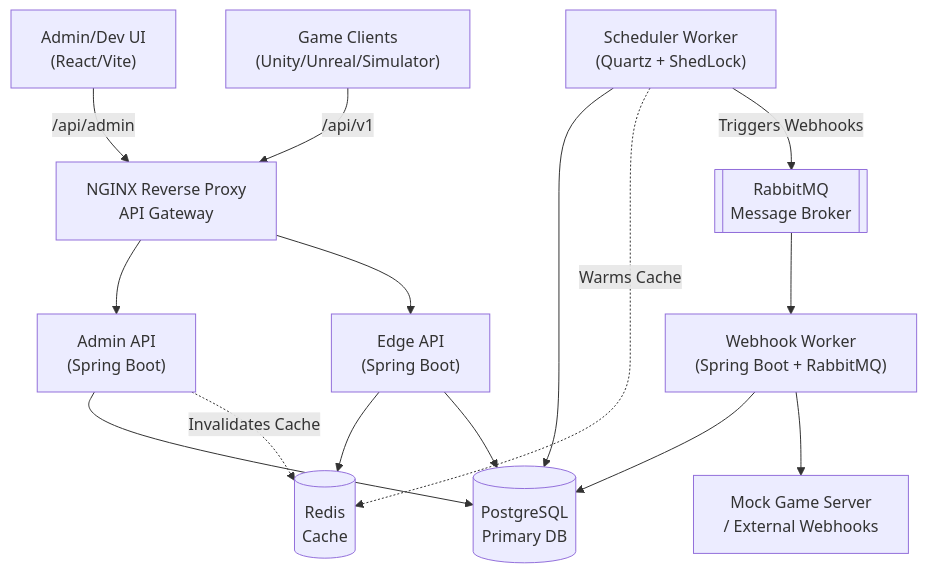
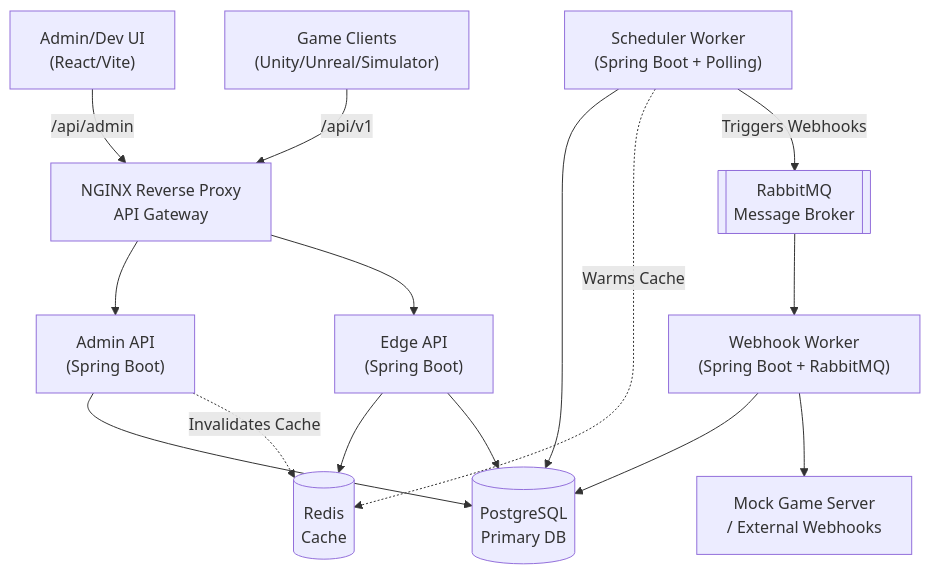
Before and after one commit to swarnendu-sekhar-das/ChronoFlux: the diagram in README.md, drawn with Mermaid. The commit also changed other lines of this file and 3 other files, not shown here.

Commit message:
docs: update architecture docs and clean up stale references

````diff
--- a/README.md
+++ b/README.md
@@ -9,44 +9,44 @@
 ```mermaid
 graph TD
     %% Clients
     Admin["Admin/Dev UI\n(React/Vite)"]
     GameClients["Game Clients\n(Unity/Unreal/Simulator)"]
     
     %% Ingress
     NGINX["NGINX Reverse Proxy\nAPI Gateway"]
     
     %% Services
     AdminAPI["Admin API\n(Spring Boot)"]
     EdgeAPI["Edge API\n(Spring Boot)"]
-    Scheduler["Scheduler Worker\n(Quartz + ShedLock)"]
+    Scheduler["Scheduler Worker\n(Spring Boot + Polling)"]
     Webhook["Webhook Worker\n(Spring Boot + RabbitMQ)"]
     
     %% Data Stores
     PostgreSQL[("PostgreSQL\nPrimary DB")]
     Redis[("Redis\nCache")]
     RabbitMQ[["RabbitMQ\nMessage Broker"]]
     
     %% External
     ExtServer["Mock Game Server\n/ External Webhooks"]
 
     %% Connections
     Admin -->|/api/admin| NGINX
     GameClients -->|/api/v1| NGINX
     
     NGINX --> AdminAPI
     NGINX --> EdgeAPI
     
     AdminAPI --> PostgreSQL
     AdminAPI -.->|Invalidates Cache| Redis
     
     EdgeAPI --> Redis
     EdgeAPI --> PostgreSQL
     
     Scheduler --> PostgreSQL
     Scheduler -.->|Warms Cache| Redis
     Scheduler -->|Triggers Webhooks| RabbitMQ
     
     RabbitMQ --> Webhook
     Webhook --> PostgreSQL
     Webhook --> ExtServer
 ```
````
